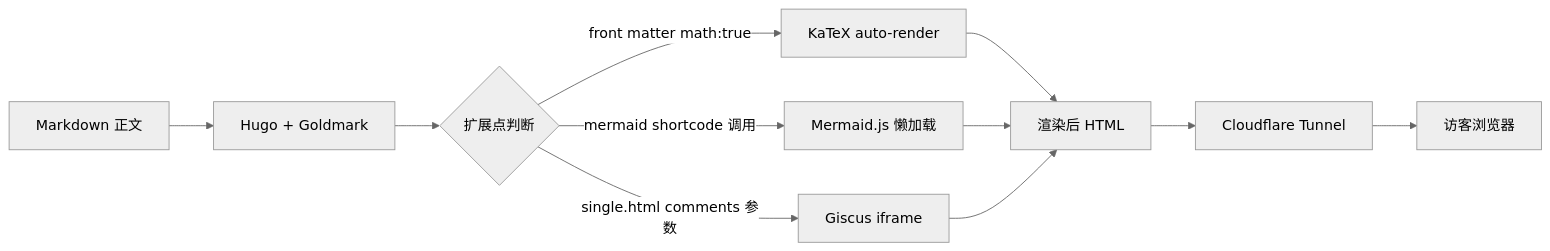
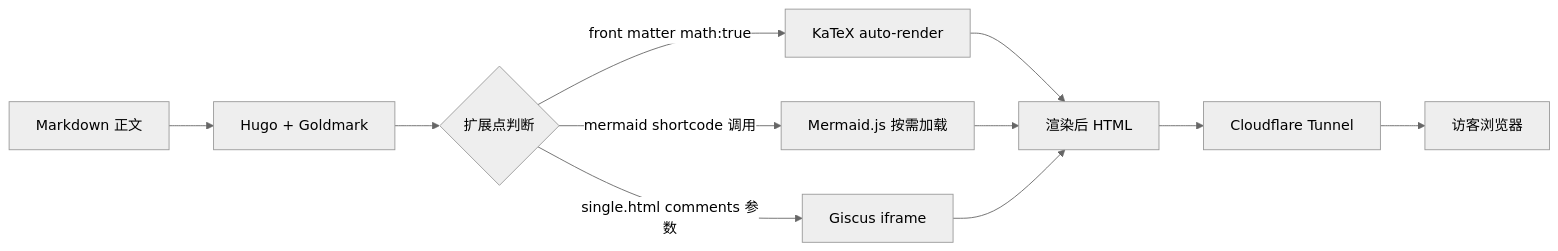
One commit to wangzifan396-wzf/linux-projects changed the first of 3 diagrams in content/posts/blog-stack-upgrade.md. Above: the diagram before and after it, drawn with Mermaid (neutral theme). The commit also changed other lines of this file and 3 other files, not shown here.

Commit message:
巡检修复：blog-stack-upgrade KaTeX/mermaid 加载方式与实际一致、gitea-self-host 错别字、lighthouse 链接文本、README 技术栈表

```diff
--- a/content/posts/blog-stack-upgrade.md
+++ b/content/posts/blog-stack-upgrade.md
@@ -19,13 +19,13 @@
 {{< mermaid >}}
 graph LR
     A[Markdown 正文] --> B[Hugo + Goldmark]
     B --> C{扩展点判断}
     C -->|front matter math:true| D[KaTeX auto-render]
-    C -->|mermaid shortcode 调用| E[Mermaid.js 懒加载]
+    C -->|mermaid shortcode 调用| E[Mermaid.js 按需加载]
     C -->|single.html comments 参数| F[Giscus iframe]
     D --> G[渲染后 HTML]
     E --> G
     F --> G
     G --> H[Cloudflare Tunnel]
     H --> I[访客浏览器]
 {{< /mermaid >}}
```
